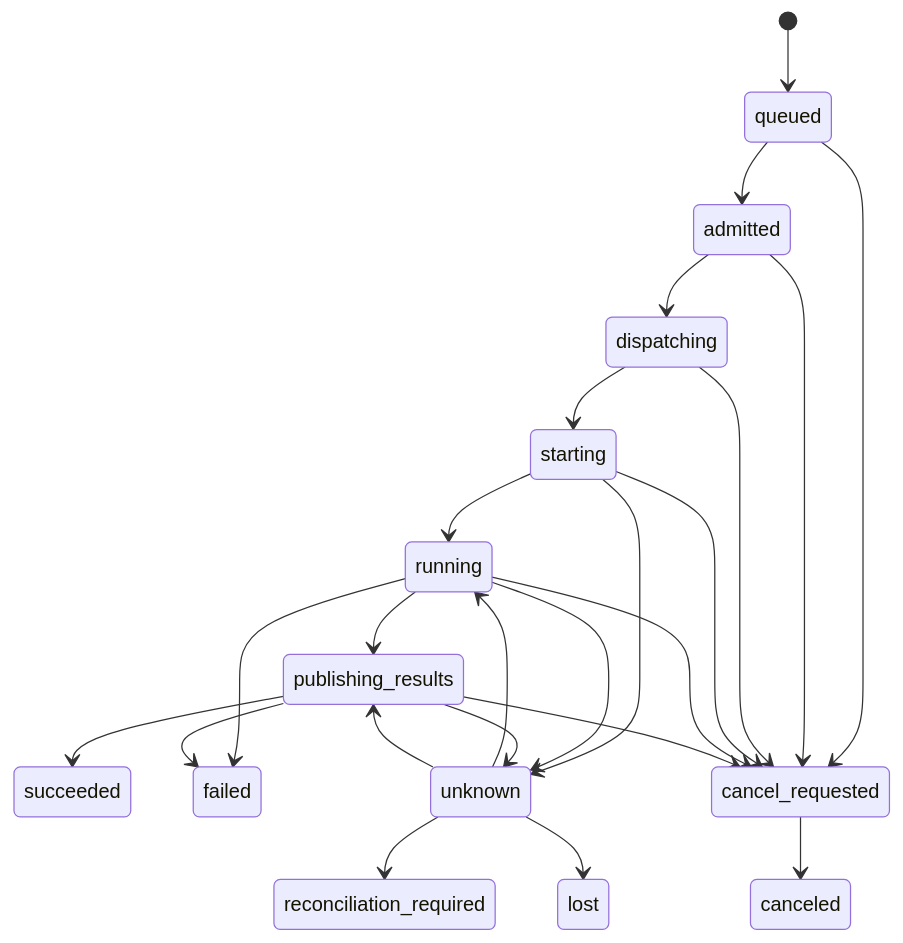
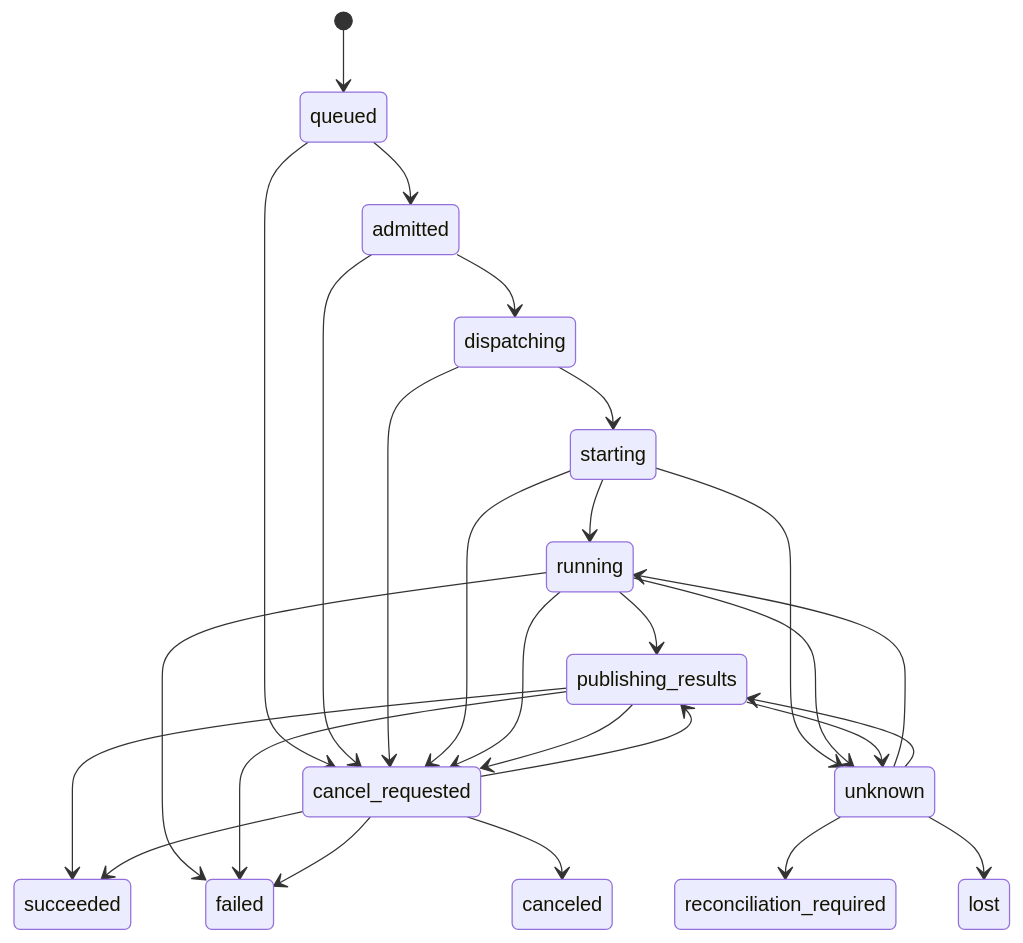
One commit to 777genius/workload-funnel changed the third of 3 diagrams in docs/workload-funnel-architecture-plan.md. Above: the diagram before and after it, drawn with Mermaid. The commit also changed other lines of this file and 1 other file, not shown here.

Commit message:
docs: harden WorkloadFunnel architecture plan

````diff
--- a/docs/workload-funnel-architecture-plan.md
+++ b/docs/workload-funnel-architecture-plan.md
@@ -815,26 +857,29 @@
 ```mermaid
 stateDiagram-v2
     [*] --> queued
     queued --> admitted
     admitted --> dispatching
     dispatching --> starting
     starting --> running
     running --> publishing_results
     publishing_results --> succeeded
     running --> failed
     publishing_results --> failed
     queued --> cancel_requested
     admitted --> cancel_requested
     dispatching --> cancel_requested
     starting --> cancel_requested
     running --> cancel_requested
     publishing_results --> cancel_requested
     cancel_requested --> canceled
+    cancel_requested --> publishing_results
+    cancel_requested --> succeeded
+    cancel_requested --> failed
     starting --> unknown
     running --> unknown
     publishing_results --> unknown
     unknown --> running
     unknown --> publishing_results
     unknown --> reconciliation_required
     unknown --> lost
 ```
````
